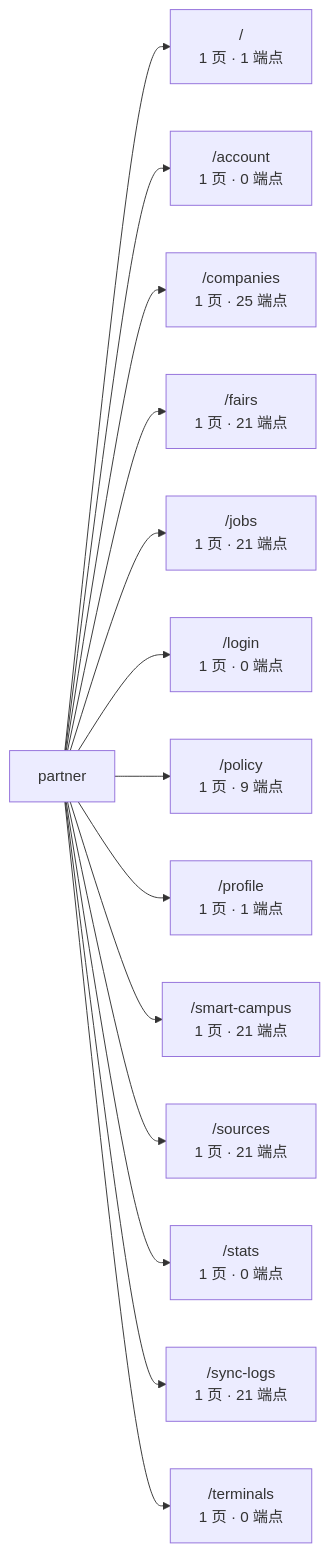
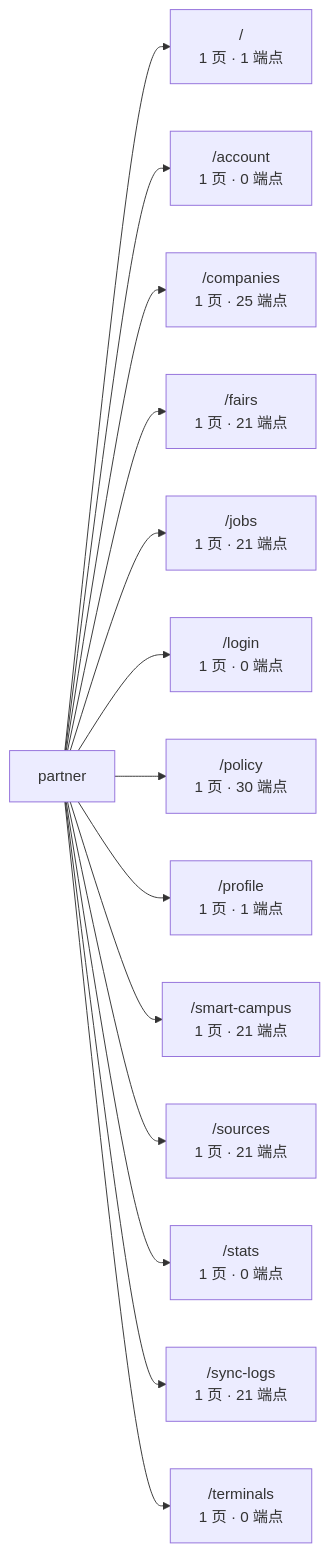
One commit to wanglei581/YITIJI changed the third of 3 diagrams in docs/graph/routes.md. Above: the diagram before and after it, drawn with Mermaid. The commit also changed other lines of this file and 6 other files, not shown here.

Commit message:
chore(graph): 删 /member-privacy 路由后重跑项目图谱产物

````diff
--- a/docs/graph/routes.md
+++ b/docs/graph/routes.md
@@ -426,17 +426,17 @@
 ```mermaid
 flowchart LR
   app["partner"]
   app --> _root_["/<br/>1 页 · 1 端点"]
   app --> account["/account<br/>1 页 · 0 端点"]
   app --> companies["/companies<br/>1 页 · 25 端点"]
   app --> fairs["/fairs<br/>1 页 · 21 端点"]
   app --> jobs["/jobs<br/>1 页 · 21 端点"]
   app --> login["/login<br/>1 页 · 0 端点"]
-  app --> policy["/policy<br/>1 页 · 9 端点"]
+  app --> policy["/policy<br/>1 页 · 30 端点"]
   app --> profile["/profile<br/>1 页 · 1 端点"]
   app --> smart_campus["/smart-campus<br/>1 页 · 21 端点"]
   app --> sources["/sources<br/>1 页 · 21 端点"]
   app --> stats["/stats<br/>1 页 · 0 端点"]
   app --> sync_logs["/sync-logs<br/>1 页 · 21 端点"]
   app --> terminals["/terminals<br/>1 页 · 0 端点"]
 ```
````
